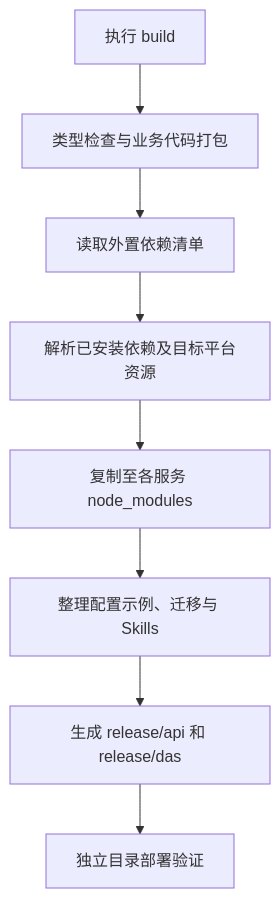
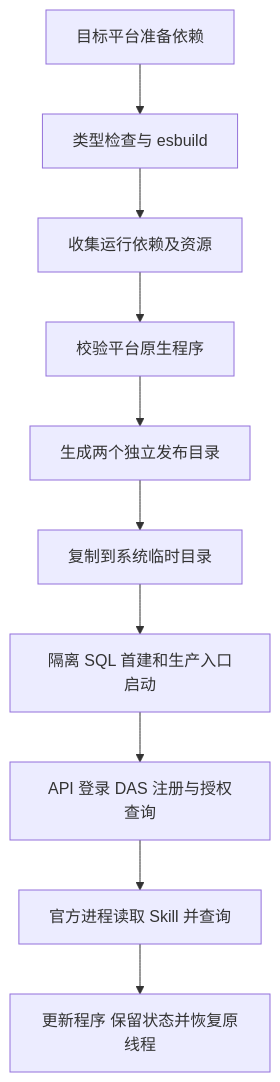
One commit to jellyrain/ai-data changed the diagram in 任务交接/BUILD.md. Above: the diagram before and after it, drawn with Mermaid. The commit also changed other lines of this file and 267 other files, not shown here.

Commit message:
api das v1.0.0

````diff
--- a/任务交接/BUILD.md
+++ b/任务交接/BUILD.md
@@ -99,10 +65,12 @@
 ```mermaid
 flowchart TD
-    A[执行 build] --> B[类型检查与业务代码打包]
-    B --> C[读取外置依赖清单]
-    C --> D[解析已安装依赖及目标平台资源]
-    D --> E[复制至各服务 node_modules]
-    E --> F[整理配置示例、迁移与 Skills]
-    F --> G[生成 release/api 和 release/das]
-    G --> H[独立目录部署验证]
+    A[目标平台准备依赖] --> B[类型检查与 esbuild]
+    B --> C[收集运行依赖及资源]
+    C --> D[校验平台原生程序]
+    D --> E[生成两个独立发布目录]
+    E --> F[复制到系统临时目录]
+    F --> G[隔离 SQL 首建和生产入口启动]
+    G --> H[API 登录 DAS 注册与授权查询]
+    H --> I[官方进程读取 Skill 并查询]
+    I --> J[更新程序 保留状态并恢复原线程]
 ```
````
